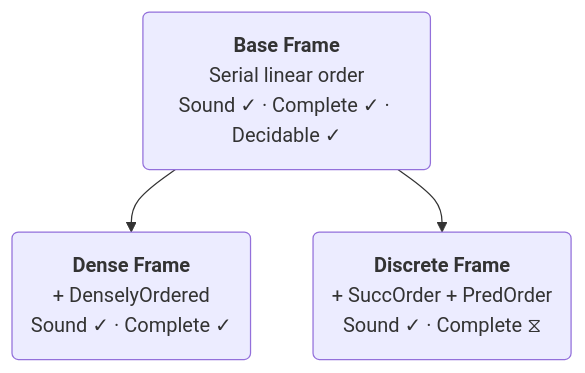
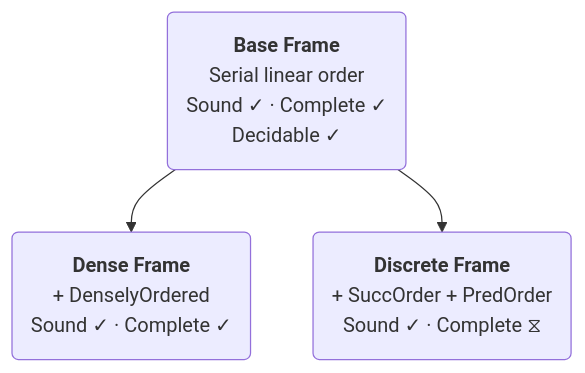
Before and after one commit to benbrastmckie/BimodalLogic: the diagram in README.md, drawn with Mermaid.

````diff
--- a/README.md
+++ b/README.md
@@ -120,13 +120,9 @@
 ```mermaid
 graph TD
-    B("<b>Base Frame</b><br/>Serial linear order<br/>Sound ✓ · Complete ✓ · Decidable ✓")
+    B("<b>Base Frame</b><br/>Serial linear order<br/>Sound ✓ · Complete ✓<br/>Decidable ✓")
     D("<b>Dense Frame</b><br/>+ DenselyOrdered<br/>Sound ✓ · Complete ✓")
     Z("<b>Discrete Frame</b><br/>+ SuccOrder + PredOrder<br/>Sound ✓ · Complete ⧖")
 
     B --> D
     B --> Z
-
-    style B min-width:550px
-    style D min-width:350px
-    style Z min-width:350px
 ```
````
